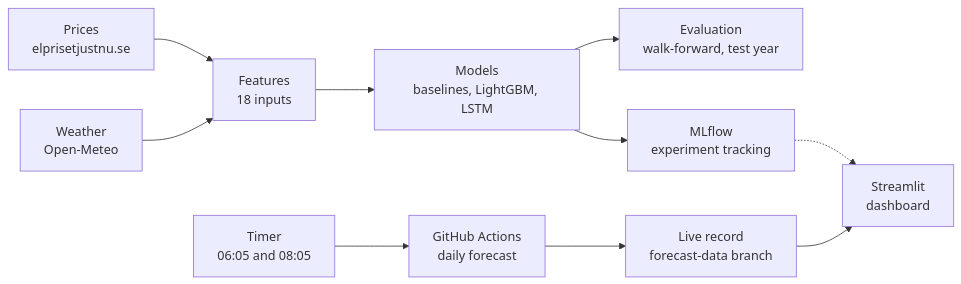
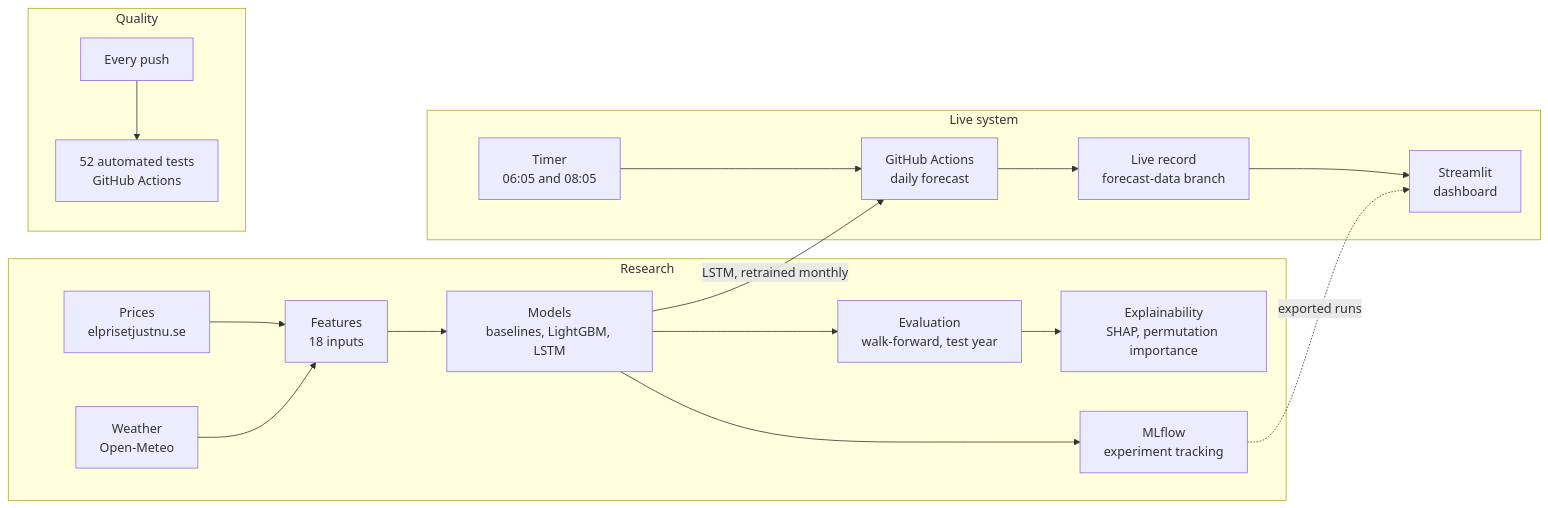
Before and after one commit to Hossain007Bhuiyan/se3-electricity-forecast: the diagram in README.md, drawn with Mermaid. The commit also changed other lines of this file, not shown here.

````diff
--- a/README.md
+++ b/README.md
@@ -45,12 +76,21 @@
 ```mermaid
 flowchart LR
-    P["Prices<br/>elprisetjustnu.se"] --> F["Features<br/>18 inputs"]
-    W["Weather<br/>Open-Meteo"] --> F
-    F --> M["Models<br/>baselines, LightGBM, LSTM"]
-    M --> E["Evaluation<br/>walk-forward, test year"]
-    M --> T["MLflow<br/>experiment tracking"]
-    S["Timer<br/>06:05 and 08:05"] --> G["GitHub Actions<br/>daily forecast"]
-    G --> R["Live record<br/>forecast-data branch"]
-    R --> D["Streamlit<br/>dashboard"]
-    T -.-> D
+    subgraph Research
+        P["Prices<br/>elprisetjustnu.se"] --> F["Features<br/>18 inputs"]
+        W["Weather<br/>Open-Meteo"] --> F
+        F --> M["Models<br/>baselines, LightGBM, LSTM"]
+        M --> E["Evaluation<br/>walk-forward, test year"]
+        E --> X["Explainability<br/>SHAP, permutation importance"]
+        M --> T["MLflow<br/>experiment tracking"]
+    end
+    subgraph Live["Live system"]
+        S["Timer<br/>06:05 and 08:05"] --> G["GitHub Actions<br/>daily forecast"]
+        G --> R["Live record<br/>forecast-data branch"]
+        R --> D["Streamlit<br/>dashboard"]
+    end
+    subgraph Quality
+        C["Every push"] --> Q["52 automated tests<br/>GitHub Actions"]
+    end
+    M -- "LSTM, retrained monthly" --> G
+    T -. "exported runs" .-> D
 ```
````
